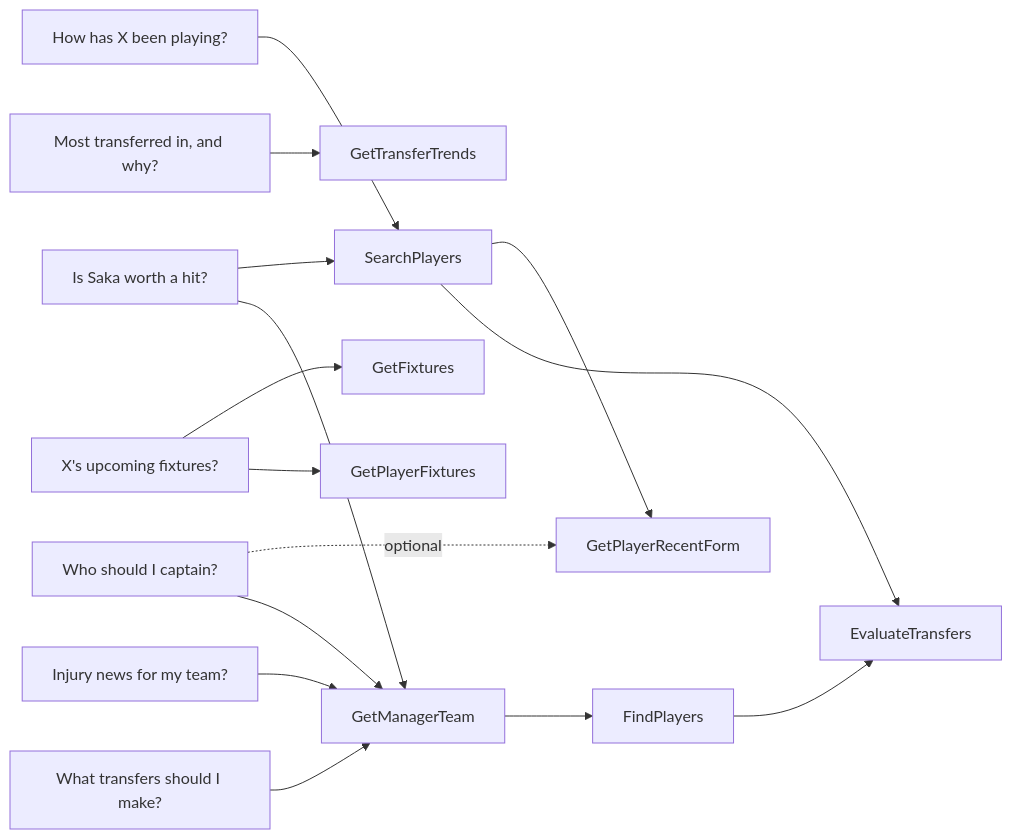
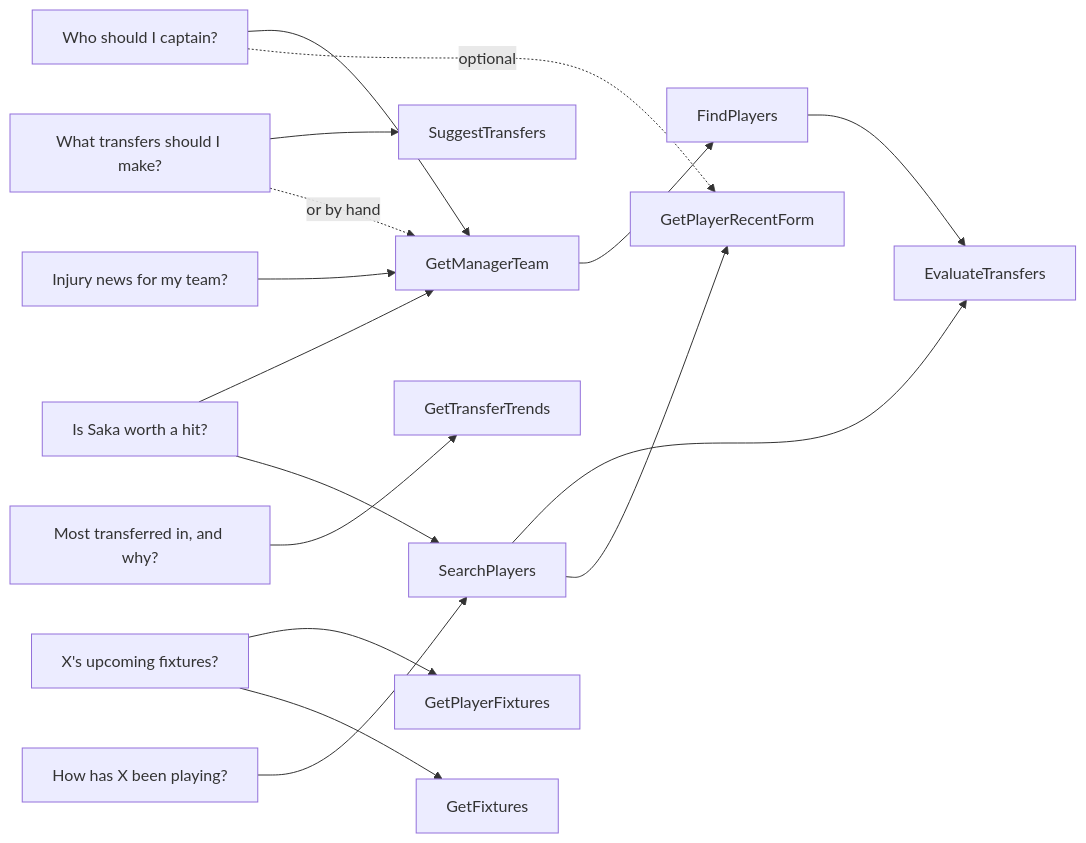
Diagram 12 of 13 in docs/architecture.md (KaartikeyNatrajan/SquadScout), drawn with Mermaid before and after one commit. The commit also changed other lines of this file and 188 other files, not shown here.

````diff
--- a/docs/architecture.md
+++ b/docs/architecture.md
@@ -471,30 +577,32 @@
 ```mermaid
 flowchart LR
     q1["Who should I captain?"]
     q2["What transfers should I make?"]
     q3["Is Saka worth a hit?"]
     q4["Injury news for my team?"]
     q5["Most transferred in, and why?"]
     q6["How has X been playing?"]
     q7["X's upcoming fixtures?"]
 
     mt["GetManagerTeam"]
     fp["FindPlayers"]
     et["EvaluateTransfers"]
+    st["SuggestTransfers"]
     sp["SearchPlayers"]
     tt["GetTransferTrends"]
     rf["GetPlayerRecentForm"]
     pf["GetPlayerFixtures"]
     gf["GetFixtures"]
 
     q1 --> mt
     q1 -. optional .-> rf
-    q2 --> mt --> fp --> et
+    q2 --> st
+    q2 -. "or by hand" .-> mt --> fp --> et
     q3 --> mt
     q3 --> sp --> et
     q4 --> mt
     q5 --> tt
     q6 --> sp --> rf
     q7 --> pf
     q7 --> gf
 ```
````
